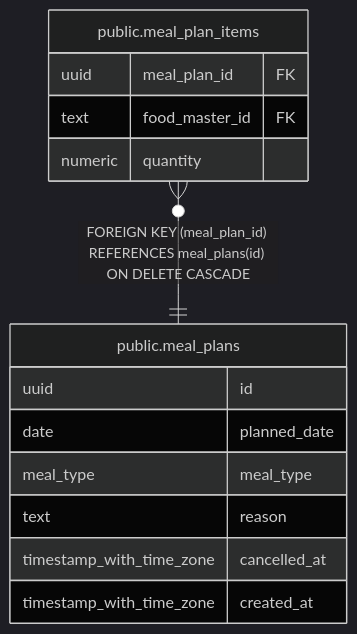
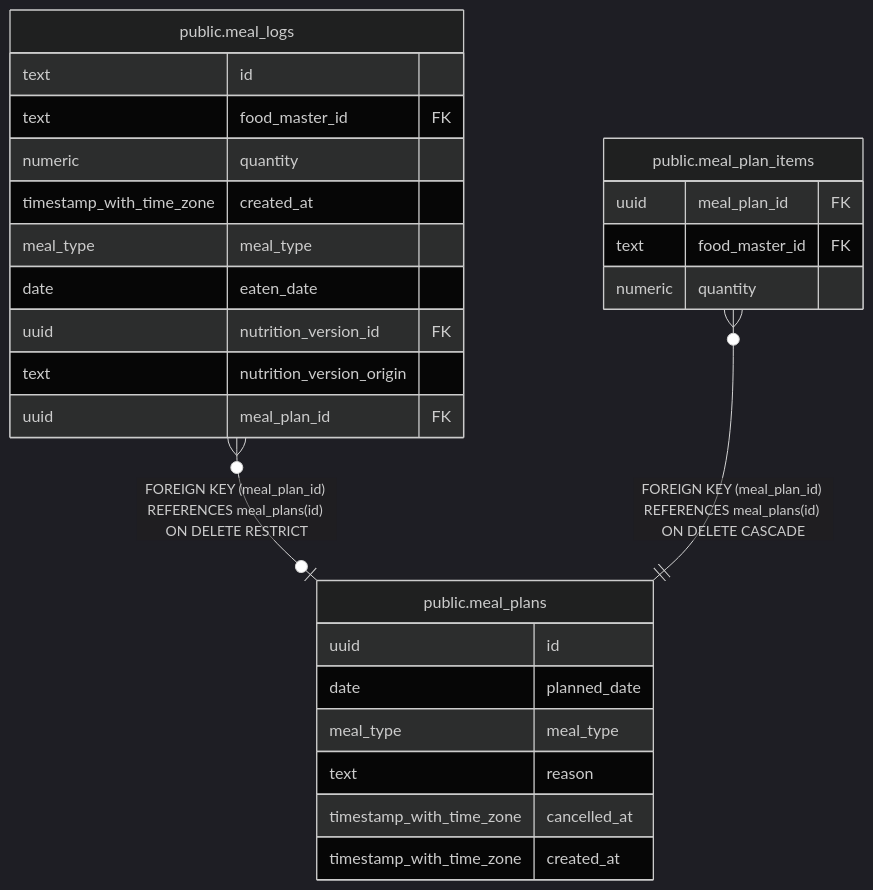
Before and after one commit to fohte/meshi: the diagram in server/docs/db/public.meal_plans.md, drawn with Mermaid (dark theme). The commit also changed other lines of this file and 31 other files, not shown here.

Commit message:
meal-plan: link meal logs to planned meals (#295)

````diff
--- a/server/docs/db/public.meal_plans.md
+++ b/server/docs/db/public.meal_plans.md
@@ -39,19 +39,31 @@
 ```mermaid
 erDiagram
 
+"public.meal_logs" }o--o| "public.meal_plans" : "FOREIGN KEY (meal_plan_id) REFERENCES meal_plans(id) ON DELETE RESTRICT"
 "public.meal_plan_items" }o--|| "public.meal_plans" : "FOREIGN KEY (meal_plan_id) REFERENCES meal_plans(id) ON DELETE CASCADE"
 
 "public.meal_plans" {
   uuid id
   date planned_date
   meal_type meal_type
   text reason
   timestamp_with_time_zone cancelled_at
   timestamp_with_time_zone created_at
 }
+"public.meal_logs" {
+  text id
+  text food_master_id FK
+  numeric quantity
+  timestamp_with_time_zone created_at
+  meal_type meal_type
+  date eaten_date
+  uuid nutrition_version_id FK
+  text nutrition_version_origin
+  uuid meal_plan_id FK
+}
 "public.meal_plan_items" {
   uuid meal_plan_id FK
   text food_master_id FK
   numeric quantity
 }
 ```
````
